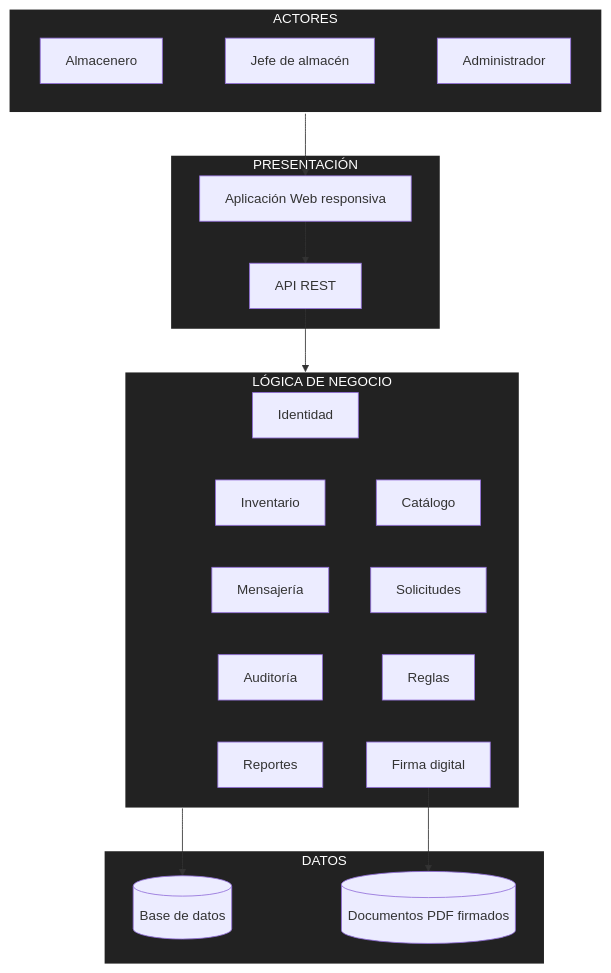
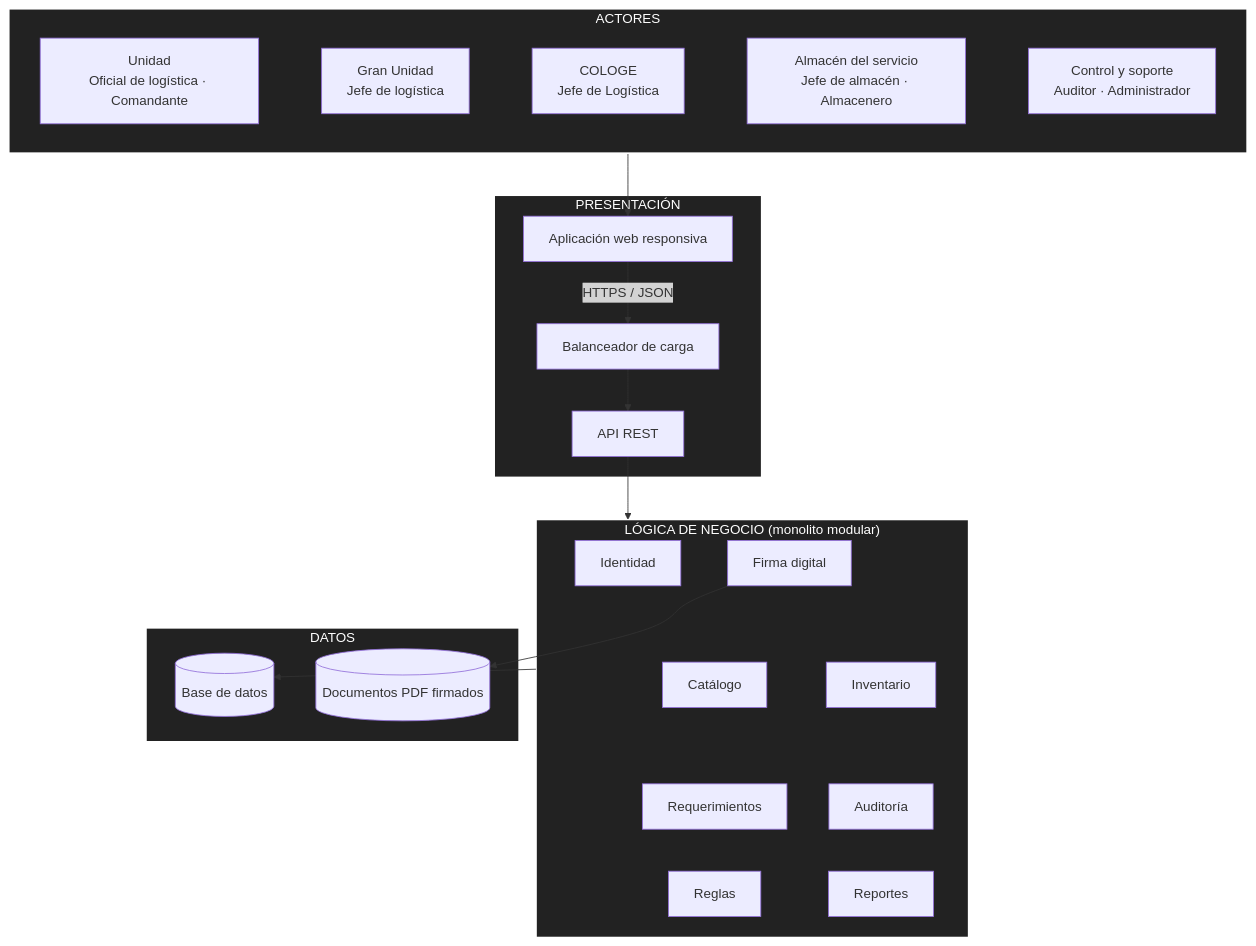
The diagram in docs/02-arquitectura-software/arquitectura-inicial.md (gabito029/SGA-arquitSoft-02), drawn with Mermaid before and after one commit. The commit also changed other lines of this file, not shown here.

Commit message:
docs: actualizar arquitectura inicial con actores del Ejército y balanceador

````diff
--- a/docs/02-arquitectura-software/arquitectura-inicial.md
+++ b/docs/02-arquitectura-software/arquitectura-inicial.md
@@ -5,74 +5,78 @@
 ```mermaid
 flowchart TD
 
 %% =========================
 %% ACTORES
 %% =========================
 subgraph ACTORES["ACTORES"]
-    Almacenero["Almacenero"]
-    Jefe["Jefe de almacén"]
-    Admin["Administrador"]
+    Unidad["Unidad<br/>Oficial de logística · Comandante"]
+    GU["Gran Unidad<br/>Jefe de logística"]
+    COLOGE["COLOGE<br/>Jefe de Logística"]
+    Almacen["Almacén del servicio<br/>Jefe de almacén · Almacenero"]
+    Control["Control y soporte<br/>Auditor · Administrador"]
 end
 
 %% =========================
 %% PRESENTACIÓN
 %% =========================
 subgraph PRESENTACION["PRESENTACIÓN"]
-    Web["Aplicación Web responsiva"]
+    Web["Aplicación web responsiva"]
+    LB["Balanceador de carga"]
     API["API REST"]
 end
 
 %% =========================
 %% LÓGICA DE NEGOCIO
 %% =========================
-subgraph NEGOCIO["LÓGICA DE NEGOCIO"]
+subgraph NEGOCIO["LÓGICA DE NEGOCIO (monolito modular)"]
     Identidad["Identidad"]
     Catalogo["Catálogo"]
-    Solicitudes["Solicitudes"]
+    Requerimientos["Requerimientos"]
     Reglas["Reglas"]
     Firma["Firma digital"]
     Inventario["Inventario"]
-    Mensajeria["Mensajería"]
     Auditoria["Auditoría"]
     Reportes["Reportes"]
 end
 
 %% =========================
 %% DATOS
 %% =========================
 subgraph DATOS["DATOS"]
     BD[("Base de datos")]
     Docs[("Documentos PDF firmados")]
 end
 
 %% =========================
 %% FLUJO PRINCIPAL
 %% =========================
 ACTORES --> Web
-Web --> API
+Web -->|"HTTPS / JSON"| LB
+LB --> API
 API --> NEGOCIO
 NEGOCIO --> BD
 Firma --> Docs
 
 %% =========================
 %% DISTRIBUCIÓN HORIZONTAL
 %% =========================
-Almacenero ~~~ Jefe
-Jefe ~~~ Admin
+Unidad ~~~ GU
+GU ~~~ COLOGE
+COLOGE ~~~ Almacen
+Almacen ~~~ Control
 
 Identidad ~~~ Catalogo
-Catalogo ~~~ Solicitudes
-Solicitudes ~~~ Reglas
-Reglas ~~~ Firma
-Inventario ~~~ Mensajeria
-Mensajeria ~~~ Auditoria
+Catalogo ~~~ Requerimientos
+Requerimientos ~~~ Reglas
+Firma ~~~ Inventario
+Inventario ~~~ Auditoria
 Auditoria ~~~ Reportes
 
 %% =========================
 %% ESTILOS
 %% =========================
 style ACTORES fill:#222,stroke:#fff,stroke-width:2px,color:#fff
 style PRESENTACION fill:#222,stroke:#fff,stroke-width:2px,color:#fff
 style NEGOCIO fill:#222,stroke:#fff,stroke-width:2px,color:#fff
 style DATOS fill:#222,stroke:#fff,stroke-width:2px,color:#fff
 ```
````
